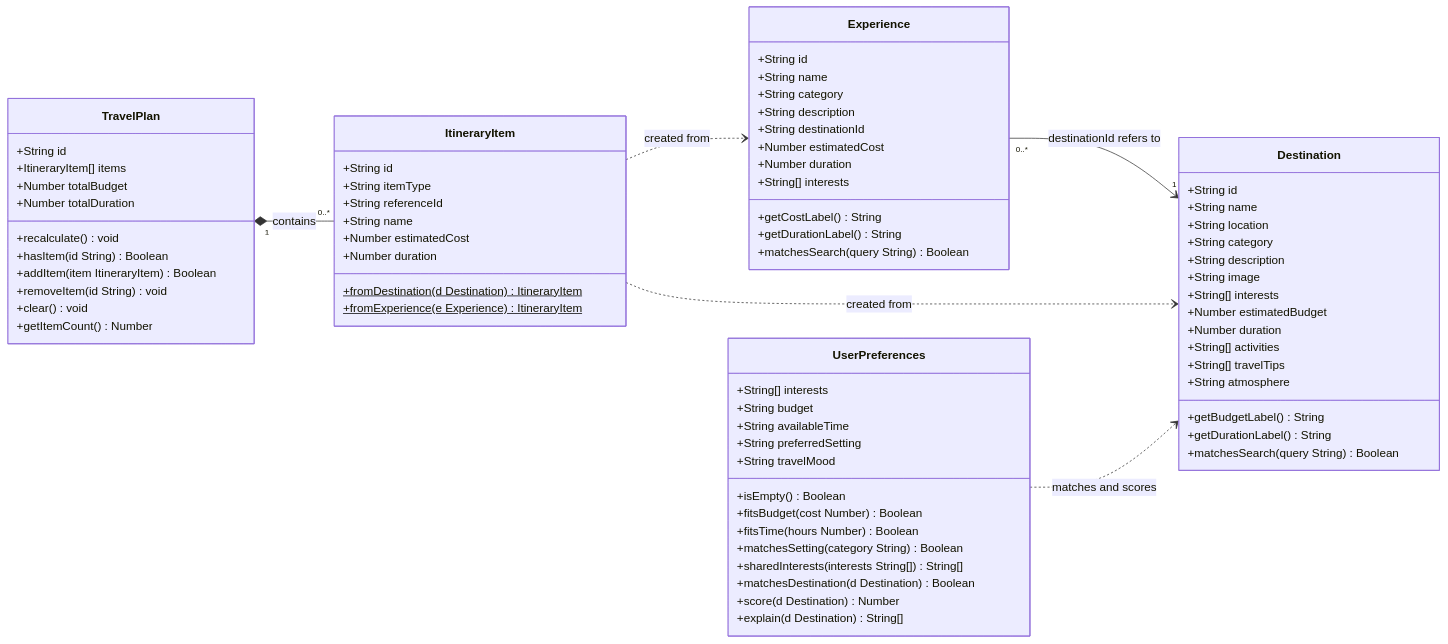
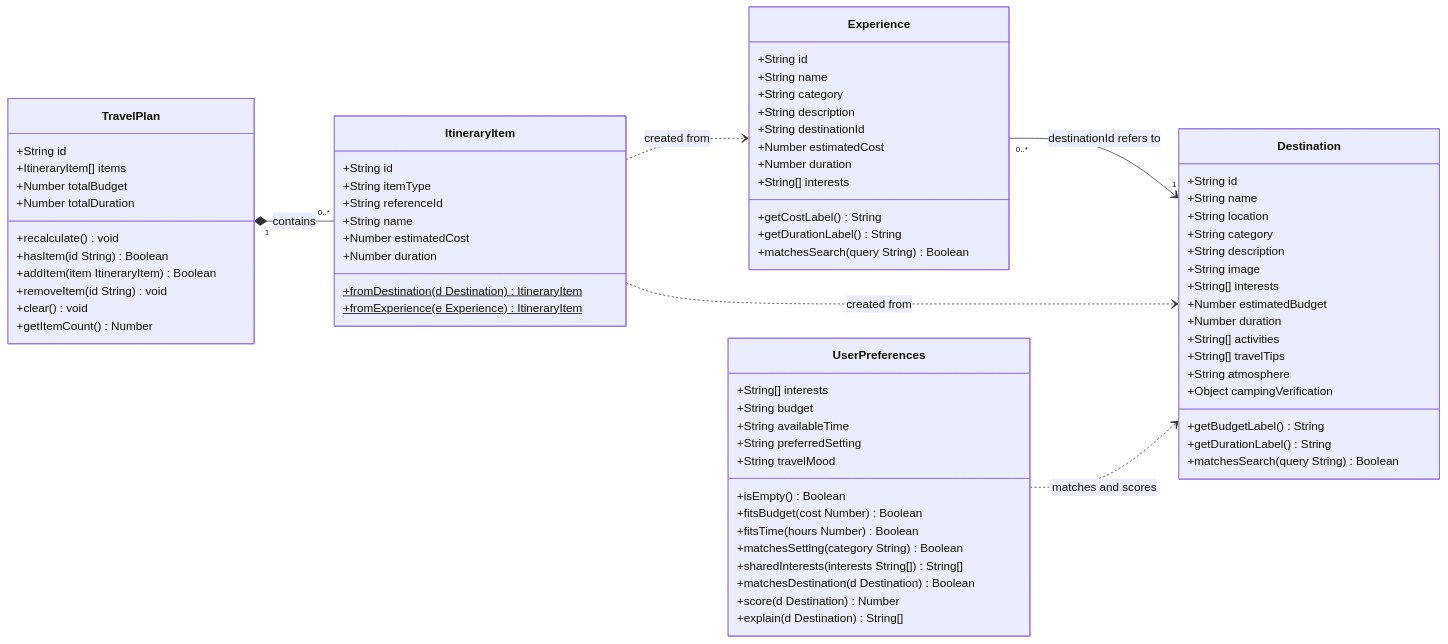
The diagram in docs/class-diagram.mmd (jersonsendo/respawn-routes), drawn with Mermaid before and after one commit. The commit also changed 10 other files, not shown here.

Commit message:
Add tests and camping verification foundations

```diff
--- a/docs/class-diagram.mmd
+++ b/docs/class-diagram.mmd
@@ -1,74 +1,75 @@
 classDiagram
 direction LR
 class Destination {
   +String id
   +String name
   +String location
   +String category
   +String description
   +String image
   +String[] interests
   +Number estimatedBudget
   +Number duration
   +String[] activities
   +String[] travelTips
   +String atmosphere
+  +Object campingVerification
   +getBudgetLabel() String
   +getDurationLabel() String
   +matchesSearch(query String) Boolean
 }
 class Experience {
   +String id
   +String name
   +String category
   +String description
   +String destinationId
   +Number estimatedCost
   +Number duration
   +String[] interests
   +getCostLabel() String
   +getDurationLabel() String
   +matchesSearch(query String) Boolean
 }
 class ItineraryItem {
   +String id
   +String itemType
   +String referenceId
   +String name
   +Number estimatedCost
   +Number duration
   +fromDestination(d Destination)$ ItineraryItem
   +fromExperience(e Experience)$ ItineraryItem
 }
 class UserPreferences {
   +String[] interests
   +String budget
   +String availableTime
   +String preferredSetting
   +String travelMood
   +isEmpty() Boolean
   +fitsBudget(cost Number) Boolean
   +fitsTime(hours Number) Boolean
   +matchesSetting(category String) Boolean
   +sharedInterests(interests String[]) String[]
   +matchesDestination(d Destination) Boolean
   +score(d Destination) Number
   +explain(d Destination) String[]
 }
 class TravelPlan {
   +String id
   +ItineraryItem[] items
   +Number totalBudget
   +Number totalDuration
   +recalculate() void
   +hasItem(id String) Boolean
   +addItem(item ItineraryItem) Boolean
   +removeItem(id String) void
   +clear() void
   +getItemCount() Number
 }
 Experience "0..*" --> "1" Destination : destinationId refers to
 TravelPlan "1" *-- "0..*" ItineraryItem : contains
 ItineraryItem ..> Destination : created from
 ItineraryItem ..> Experience : created from
 UserPreferences ..> Destination : matches and scores
```
